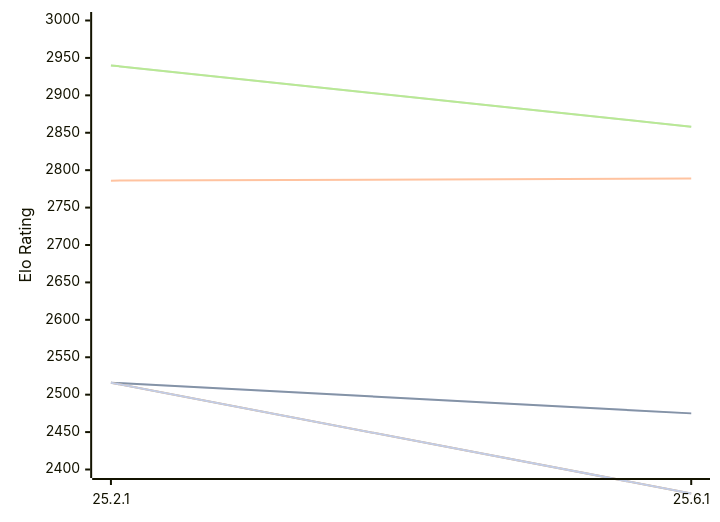
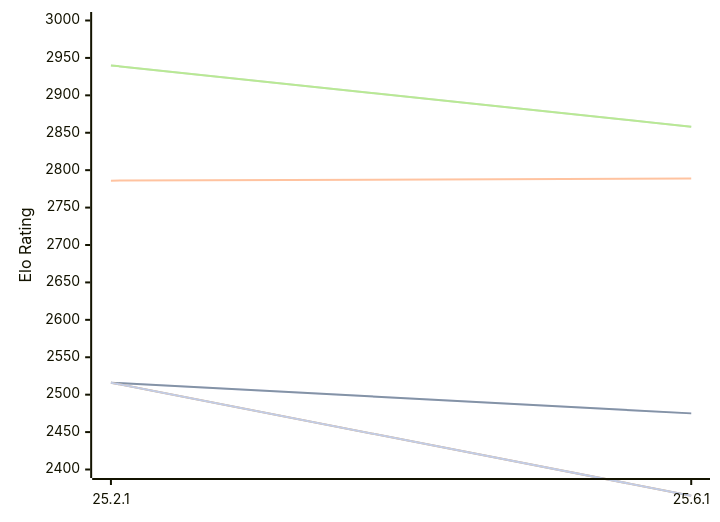
One commit to computer-chess-index/cci changed the diagram in engines/Crafty.md. Above: the diagram before and after it, drawn with Mermaid. The commit also changed other lines of this file, not shown here.

````diff
--- a/engines/Crafty.md
+++ b/engines/Crafty.md
@@ -48,13 +48,13 @@
 ```mermaid
 %%{init: {"theme":"base","themeVariables":{"seriesColors:['#a3a3a3','#222221','#faa371']}}}%%
 xychart-beta
   x-axis ["25.2.1", "25.6.1"]
   y-axis "Elo Rating" 2400 --> 3000
   line "" [2516, 2475]
   line "T1: STC (8.0+0.08s)" [2516, 2475]
   line "T1: LTC (60.0+0.60s)" [2786, 2789]
   line "" [2940, 2858]
   line "T1: VLTC (2m24s+1.12s)" [2940, 2858]
-  line "" [2516,2368]
-  line "E1: STC (8.0+0.08s)" [2516,2368]
+  line "" [2516,2365]
+  line "E1: STC (8.0+0.08s)" [2516,2365]
 ```
````
